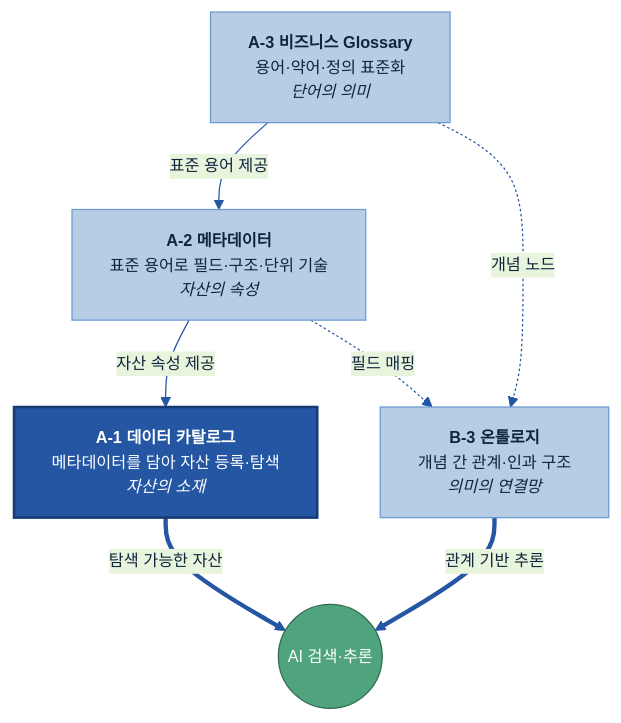
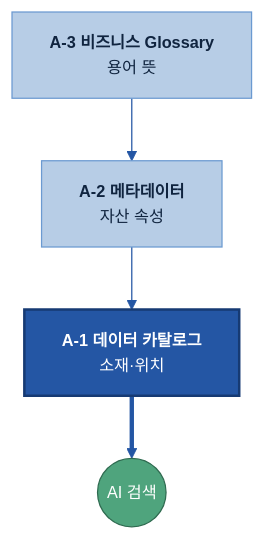
One commit to jin-kearney/ai-ready-data-manual changed the second of 5 diagrams in 전체 목차/00 전체 목차 (20개 주제).md. Above: the diagram before and after it, drawn with Mermaid. The commit also changed other lines of this file, not shown here.

````diff
--- a/전체 목차/00 전체 목차 (20개 주제).md
+++ b/전체 목차/00 전체 목차 (20개 주제).md
@@ -184,19 +196,9 @@
 ```mermaid
 %%{init: {'theme':'base','themeVariables':{'primaryColor':'#DCE8F5','primaryBorderColor':'#2456A4','primaryTextColor':'#10243f','lineColor':'#2456A4','fontSize':'13px'}}}%%
 flowchart TB
-    GLO["<b>A-3 비즈니스 Glossary</b><br/>용어·약어·정의 표준화<br/><i>단어의 의미</i>"]:::n
-    META["<b>A-2 메타데이터</b><br/>표준 용어로 필드·구조·단위 기술<br/><i>자산의 속성</i>"]:::n
-    CAT["<b>A-1 데이터 카탈로그</b><br/>메타데이터를 담아 자산 등록·탐색<br/><i>자산의 소재</i>"]:::cat
-    ONT["<b>B-3 온톨로지</b><br/>개념 간 관계·인과 구조<br/><i>의미의 연결망</i>"]:::n
-
-    GLO -->|"표준 용어 제공"| META
-    META -->|"자산 속성 제공"| CAT
-    GLO -.->|"개념 노드"| ONT
-    META -.->|"필드 매핑"| ONT
-    CAT ==>|"탐색 가능한 자산"| AI(("AI 검색·추론")):::ai
-    ONT ==>|"관계 기반 추론"| AI
-
+    GLO["<b>A-3 비즈니스 Glossary</b><br/>용어 뜻"]:::n --> META["<b>A-2 메타데이터</b><br/>자산 속성"]:::n --> CAT["<b>A-1 데이터 카탈로그</b><br/>소재·위치"]:::cat
+    CAT ==> AI(("AI 검색")):::ai
     classDef n fill:#B7CDE6,stroke:#6B9AD1,color:#10243f;
     classDef cat fill:#2456A4,color:#fff,stroke:#163a73,stroke-width:2px;
     classDef ai fill:#4FA47D,stroke:#2f6b50,color:#fff;
 ```
````
